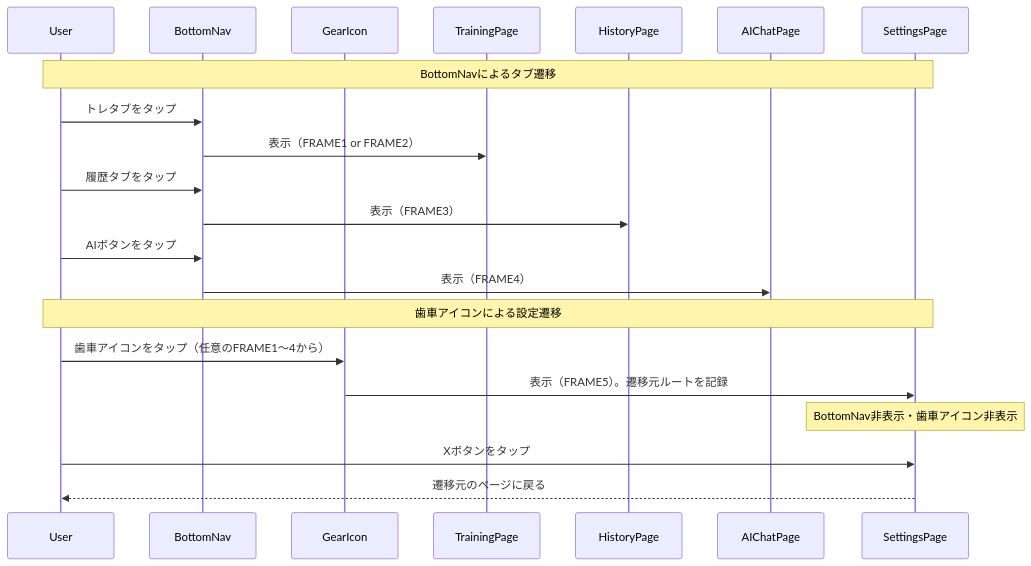
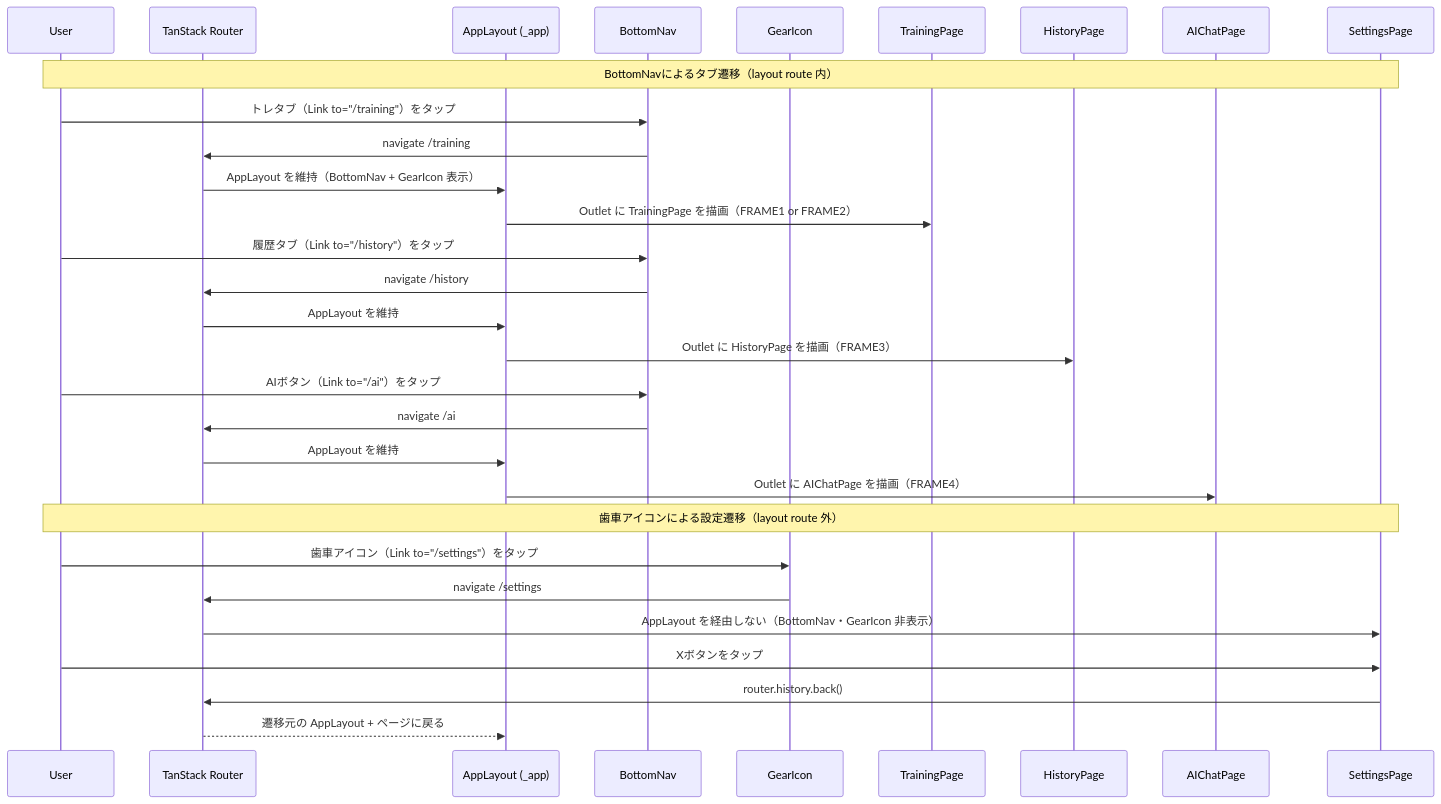
The first of 2 diagrams in .sdd/specification/navigation_spec.md (SakumaTakuya/gymini), drawn with Mermaid before and after one commit. The commit also changed other lines of this file and 1 other file, not shown here.

First line of the commit message:
refactor(spec,design): TanStack Router採用でA-001準拠に修正

````diff
--- a/.sdd/specification/navigation_spec.md
+++ b/.sdd/specification/navigation_spec.md
@@ -232,30 +229,39 @@
 ```mermaid
 sequenceDiagram
     participant User
+    participant Router as TanStack Router
+    participant Layout as AppLayout (_app)
     participant BottomNav
     participant GearIcon
     participant TrainingPage
     participant HistoryPage
     participant AIChatPage
     participant SettingsPage
 
-    Note over User,SettingsPage: BottomNavによるタブ遷移
+    Note over User,SettingsPage: BottomNavによるタブ遷移（layout route 内）
 
-    User->>BottomNav: トレタブをタップ
-    BottomNav->>TrainingPage: 表示（FRAME1 or FRAME2）
+    User->>BottomNav: トレタブ（Link to="/training"）をタップ
+    BottomNav->>Router: navigate /training
+    Router->>Layout: AppLayout を維持（BottomNav + GearIcon 表示）
+    Layout->>TrainingPage: Outlet に TrainingPage を描画（FRAME1 or FRAME2）
 
-    User->>BottomNav: 履歴タブをタップ
-    BottomNav->>HistoryPage: 表示（FRAME3）
+    User->>BottomNav: 履歴タブ（Link to="/history"）をタップ
+    BottomNav->>Router: navigate /history
+    Router->>Layout: AppLayout を維持
+    Layout->>HistoryPage: Outlet に HistoryPage を描画（FRAME3）
 
-    User->>BottomNav: AIボタンをタップ
-    BottomNav->>AIChatPage: 表示（FRAME4）
+    User->>BottomNav: AIボタン（Link to="/ai"）をタップ
+    BottomNav->>Router: navigate /ai
+    Router->>Layout: AppLayout を維持
+    Layout->>AIChatPage: Outlet に AIChatPage を描画（FRAME4）
 
-    Note over User,SettingsPage: 歯車アイコンによる設定遷移
+    Note over User,SettingsPage: 歯車アイコンによる設定遷移（layout route 外）
 
-    User->>GearIcon: 歯車アイコンをタップ（任意のFRAME1〜4から）
-    GearIcon->>SettingsPage: 表示（FRAME5）。遷移元ルートを記録
-    Note over SettingsPage: BottomNav非表示・歯車アイコン非表示
+    User->>GearIcon: 歯車アイコン（Link to="/settings"）をタップ
+    GearIcon->>Router: navigate /settings
+    Router->>SettingsPage: AppLayout を経由しない（BottomNav・GearIcon 非表示）
 
     User->>SettingsPage: Xボタンをタップ
-    SettingsPage-->>User: 遷移元のページに戻る
+    SettingsPage->>Router: router.history.back()
+    Router-->>Layout: 遷移元の AppLayout + ページに戻る
 ```
````
